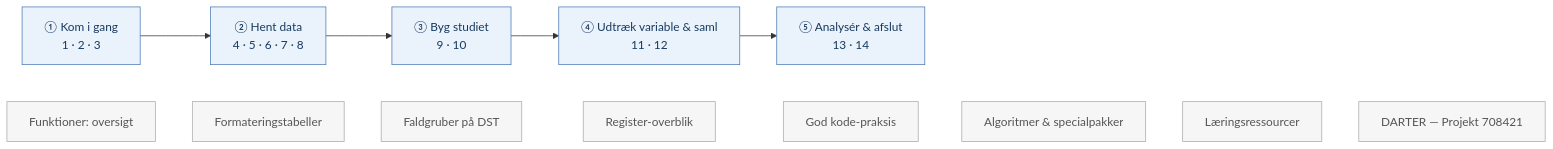
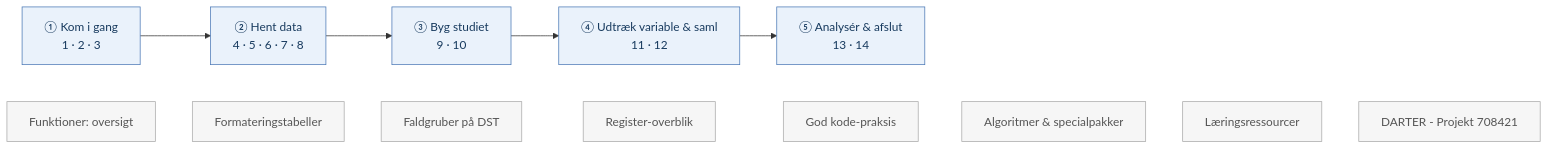
Before and after one commit to steno-aarhus/registers-guide: the diagram in docs/da/00_index.qmd, drawn with Mermaid. The commit also changed other lines of this file and 78 other files, not shown here.

````diff
--- a/docs/da/00_index.qmd
+++ b/docs/da/00_index.qmd
@@ -56,9 +56,9 @@
 ```{mermaid}
 flowchart LR
     S1["①  Kom i gang<br>1 · 2 · 3"] --> S2["②  Hent data<br>4 · 5 · 6 · 7 · 8"] --> S3["③  Byg studiet<br>9 · 10"] --> S4["④  Udtræk variable & saml<br>11 · 12"] --> S5["⑤  Analysér & afslut<br>13 · 14"]
-    O1["Funktioner: oversigt"] ~~~ O2["Formateringstabeller"] ~~~ O3["Faldgruber på DST"] ~~~ O4["Register-overblik"] ~~~ O5["God kode-praksis"] ~~~ O6["Algoritmer & specialpakker"] ~~~ O7["Læringsressourcer"] ~~~ O8["DARTER — Projekt 708421"]
+    O1["Funktioner: oversigt"] ~~~ O2["Formateringstabeller"] ~~~ O3["Faldgruber på DST"] ~~~ O4["Register-overblik"] ~~~ O5["God kode-praksis"] ~~~ O6["Algoritmer & specialpakker"] ~~~ O7["Læringsressourcer"] ~~~ O8["DARTER - Projekt 708421"]
     classDef stage fill:#eaf2fb,stroke:#4a78b5,stroke-width:1px,color:#173a5e;
     classDef ref fill:#f6f6f6,stroke:#aaaaaa,color:#555555;
     class S1,S2,S3,S4,S5 stage
     class O1,O2,O3,O4,O5,O6,O7,O8 ref
 ```
````
